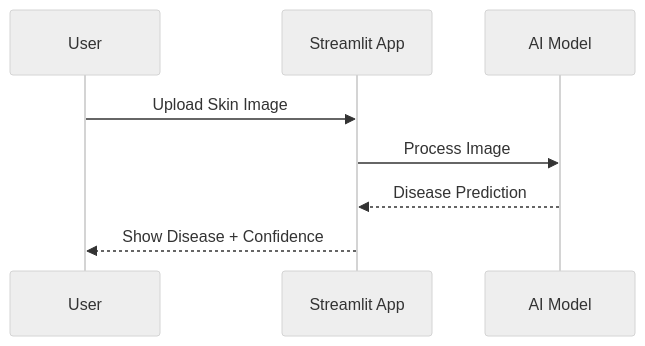
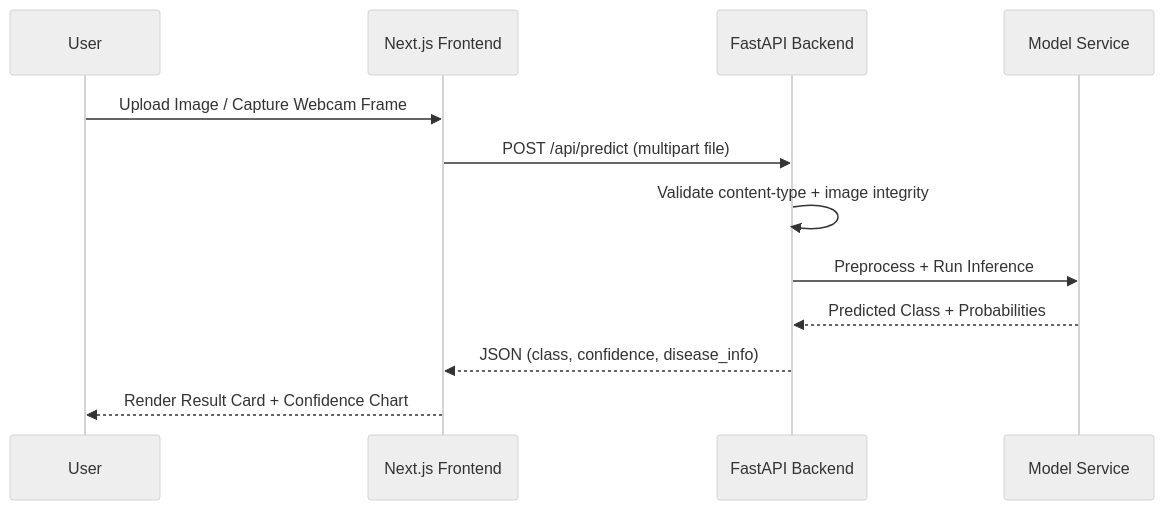
Before and after one commit to shanky-ux/SkinScan-AI: the fourth of 4 diagrams in README.md, drawn with Mermaid (neutral theme). The commit also changed other lines of this file, not shown here.

First line of the commit message:
Revise README for SkinScan-AI branding and details

````diff
--- a/README.md
+++ b/README.md
@@ -91,17 +113,15 @@
 ```mermaid
 sequenceDiagram
+    participant U as User
+    participant F as Next.js Frontend
+    participant A as FastAPI Backend
+    participant M as Model Service
 
-participant U as User
-
-participant W as Streamlit App
-
-participant M as AI Model
-
-U->>W: Upload Skin Image
-
-W->>M: Process Image
-
-M-->>W: Disease Prediction
-
-W-->>U: Show Disease + Confidence
+    U->>F: Upload Image / Capture Webcam Frame
+    F->>A: POST /api/predict (multipart file)
+    A->>A: Validate content-type + image integrity
+    A->>M: Preprocess + Run Inference
+    M-->>A: Predicted Class + Probabilities
+    A-->>F: JSON (class, confidence, disease_info)
+    F-->>U: Render Result Card + Confidence Chart
 ```
````
